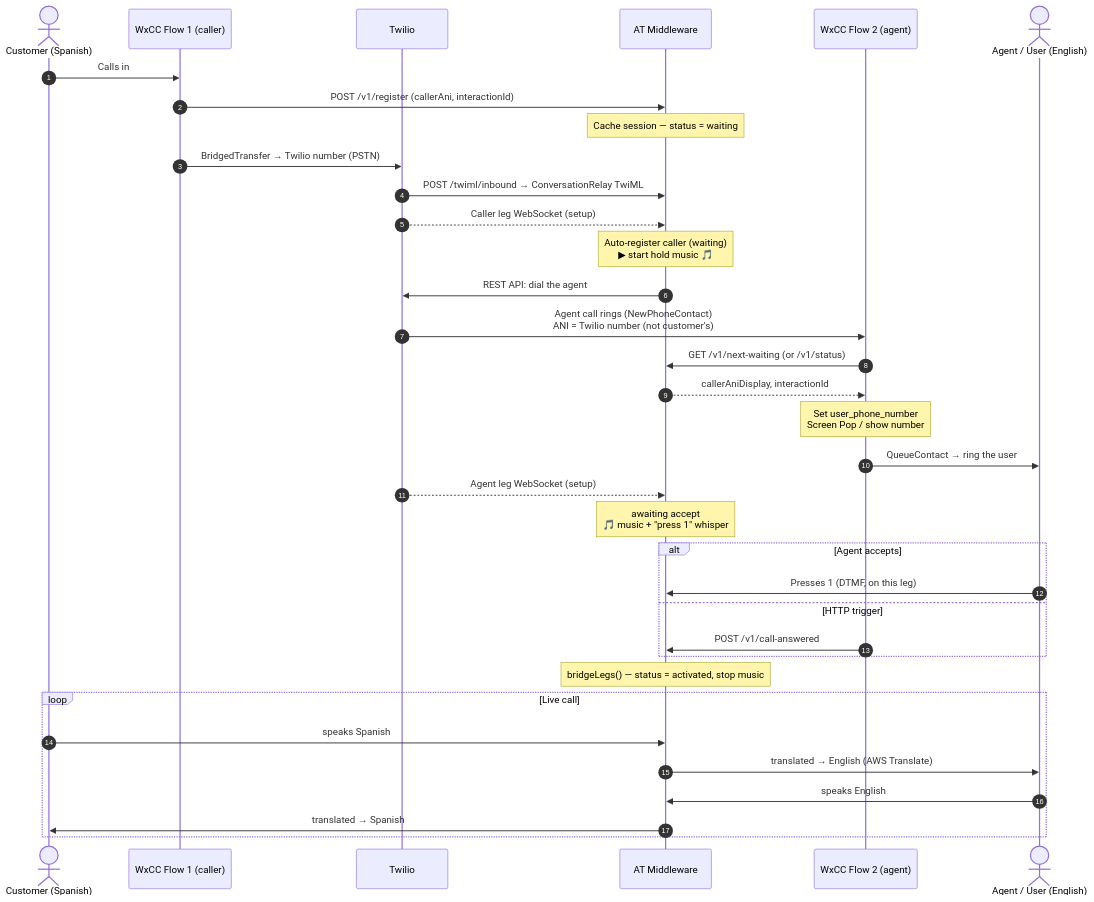
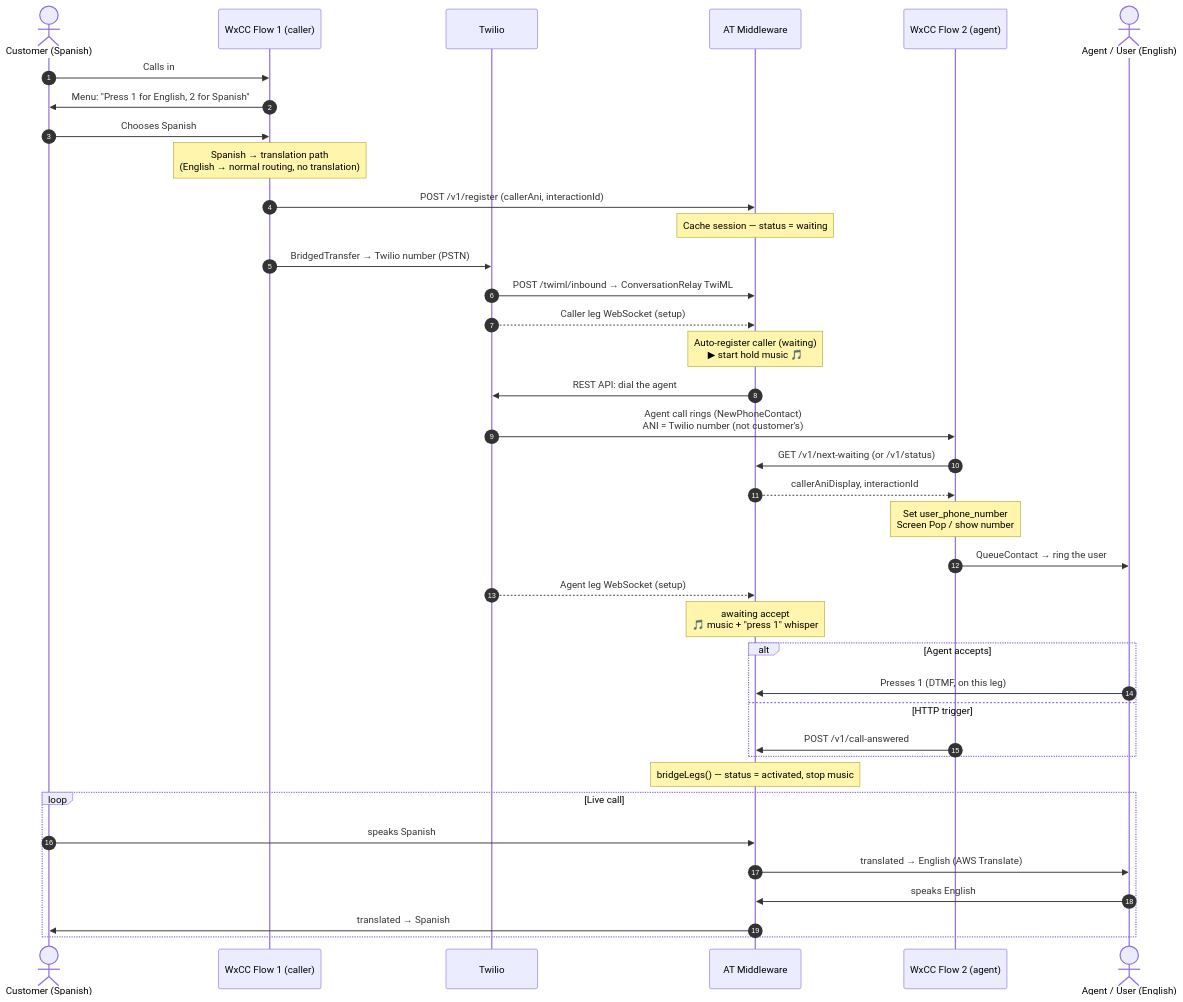
One commit to OscarMA03/ConversationRelay-Translator changed the first of 4 diagrams in docs/call-flow-architecture.md. Above: the diagram before and after it, drawn with Mermaid. The commit also changed other lines of this file, not shown here.

First line of the commit message:
docs: add language-selection menu (English/Spanish) to call-flow diagrams

````diff
--- a/docs/call-flow-architecture.md
+++ b/docs/call-flow-architecture.md
@@ -22,38 +22,41 @@
 ```mermaid
 sequenceDiagram
     autonumber
     actor Cust as Customer (Spanish)
     participant F1 as WxCC Flow 1 (caller)
     participant TW as Twilio
     participant MW as AT Middleware
     participant F2 as WxCC Flow 2 (agent)
     actor Agent as Agent / User (English)
 
     Cust->>F1: Calls in
+    F1->>Cust: Menu: "Press 1 for English, 2 for Spanish"
+    Cust->>F1: Chooses Spanish
+    Note over F1: Spanish → translation path<br/>(English → normal routing, no translation)
     F1->>MW: POST /v1/register (callerAni, interactionId)
     Note over MW: Cache session — status = waiting
     F1->>TW: BridgedTransfer → Twilio number (PSTN)
     TW->>MW: POST /twiml/inbound → ConversationRelay TwiML
     TW-->>MW: Caller leg WebSocket (setup)
     Note over MW: Auto-register caller (waiting)<br/>▶ start hold music 🎵
     MW->>TW: REST API: dial the agent
     TW->>F2: Agent call rings (NewPhoneContact)<br/>ANI = Twilio number (not customer's)
     F2->>MW: GET /v1/next-waiting (or /v1/status)
     MW-->>F2: callerAniDisplay, interactionId
     Note over F2: Set user_phone_number<br/>Screen Pop / show number
     F2->>Agent: QueueContact → ring the user
     TW-->>MW: Agent leg WebSocket (setup)
     Note over MW: awaiting accept<br/>🎵 music + "press 1" whisper
     alt Agent accepts
         Agent->>MW: Presses 1 (DTMF, on this leg)
     else HTTP trigger
         F2->>MW: POST /v1/call-answered
     end
     Note over MW: bridgeLegs() — status = activated, stop music
     loop Live call
         Cust->>MW: speaks Spanish
         MW->>Agent: translated → English (AWS Translate)
         Agent->>MW: speaks English
         MW->>Cust: translated → Spanish
     end
 ```
````
